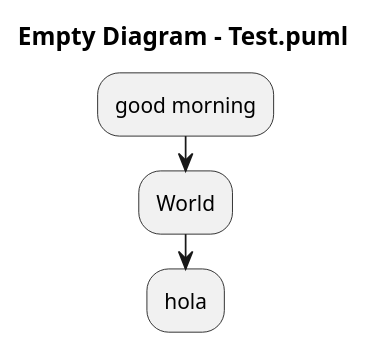
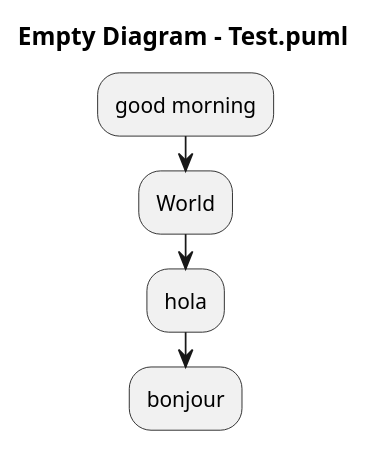
Before and after one commit to aberni-coder/PlantText-Testing---Public-2: the diagram in Test.puml, drawn with PlantUML.

Commit message:
This commit was initiated from PlantText to edit the file Test.puml only.

```diff
--- a/Test.puml
+++ b/Test.puml
@@ -1,8 +1,8 @@
 @startuml
 
 title Empty Diagram - Test.puml
 :good morning;
 :World;
 :hola;
-
+:bonjour;
 @enduml
```
